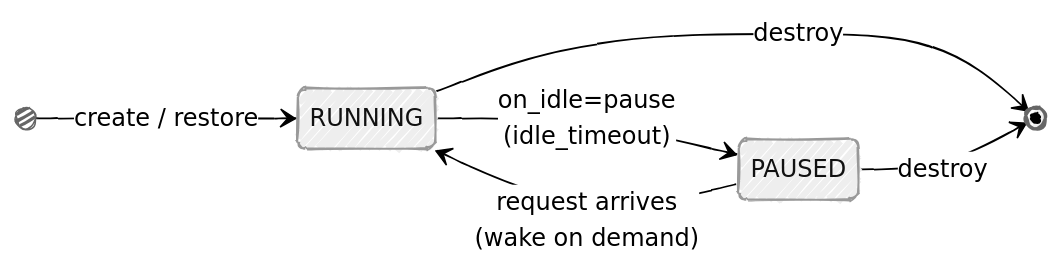
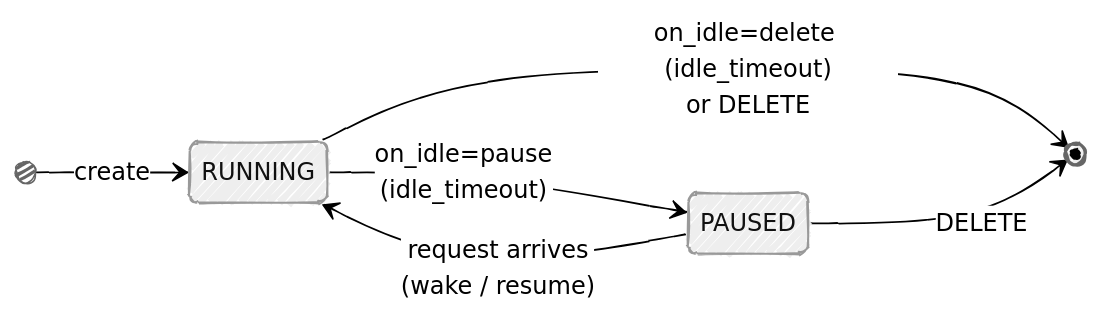
The fifth of 5 diagrams in docs/architecture-diagrams.md (garysng/bean), drawn with Mermaid before and after one commit. The commit also changed other lines of this file and 29 other files, not shown here.

````diff
--- a/docs/architecture-diagrams.md
+++ b/docs/architecture-diagrams.md
@@ -287,14 +300,14 @@
 ```mermaid
 ---
 config:
   look: handDrawn
   theme: neutral
 ---
 stateDiagram-v2
   direction LR
-  [*] --> RUNNING: create / restore
+  [*] --> RUNNING: create
   RUNNING --> PAUSED: on_idle=pause<br>(idle_timeout)
-  PAUSED --> RUNNING: request arrives<br>(wake on demand)
-  RUNNING --> [*]: destroy
-  PAUSED --> [*]: destroy
+  PAUSED --> RUNNING: request arrives<br>(wake / resume)
+  RUNNING --> [*]: on_idle=delete (idle_timeout)<br>or DELETE
+  PAUSED --> [*]: DELETE
 ```
````
